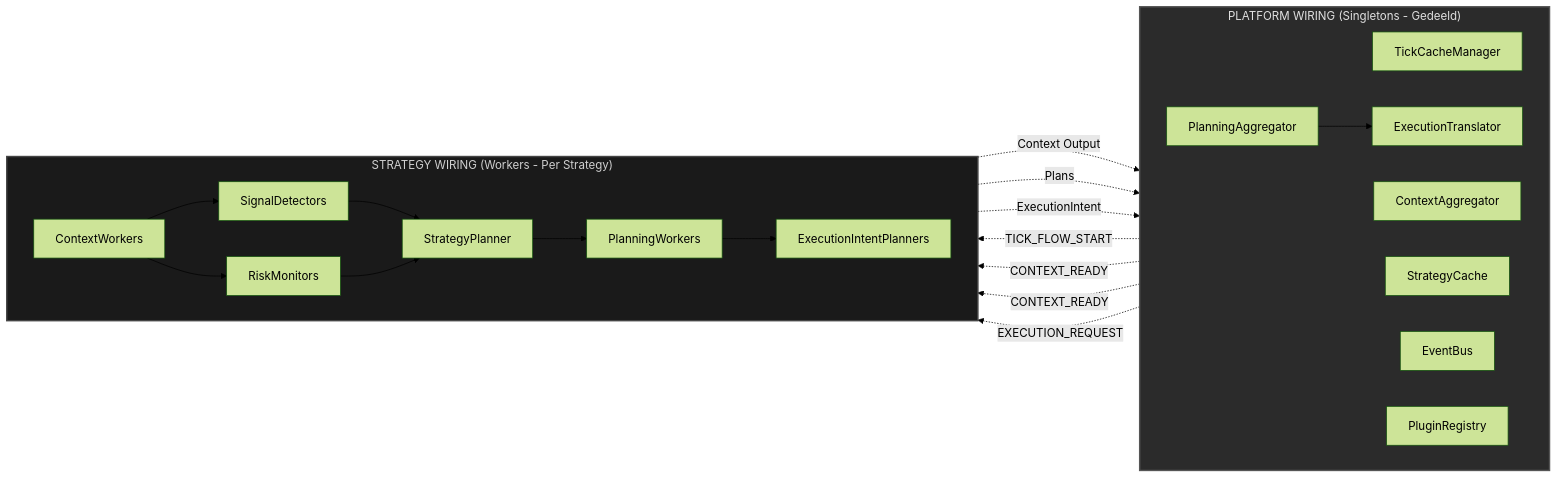
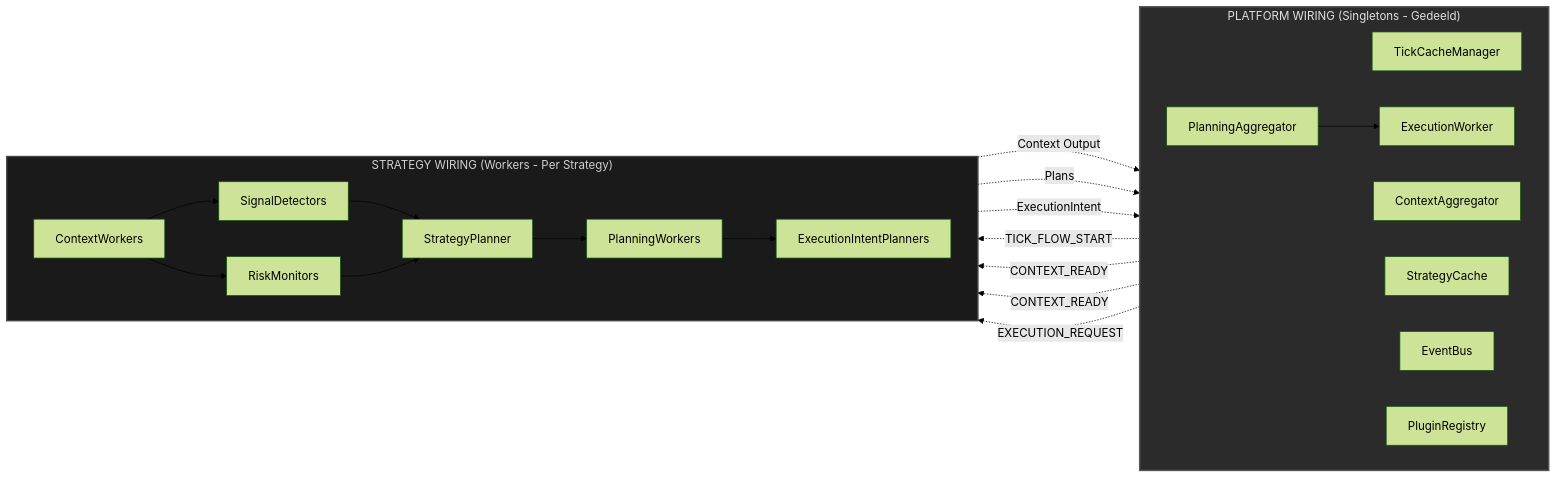
Before and after one commit to MikeyVK/S1mpleTraderV3: the first of 5 diagrams in docs/development/PLATFORM_VS_STRATEGY_WIRING.md, drawn with Mermaid (forest theme). The commit also changed other lines of this file and 9 other files, not shown here.

First line of the commit message:
refactor(docs): Phase 1 - Remove ExecutionTranslator references

````diff
--- a/docs/development/PLATFORM_VS_STRATEGY_WIRING.md
+++ b/docs/development/PLATFORM_VS_STRATEGY_WIRING.md
@@ -30,39 +30,39 @@
 ```mermaid
 graph LR
     subgraph Platform["PLATFORM WIRING (Singletons - Gedeeld)"]
         direction LR
         TCM[TickCacheManager]
         CA[ContextAggregator]
         PA[PlanningAggregator]
-        ET[ExecutionTranslator]
+        EW[ExecutionWorker]
         SC[StrategyCache]
         EB[EventBus]
         PR[PluginRegistry]
         
-        PA --> ET
+        PA --> EW
     end
     
     subgraph Strategy["STRATEGY WIRING (Workers - Per Strategy)"]
         direction LR
         CW[ContextWorkers] --> OW[SignalDetectors]
         CW --> TW[RiskMonitors]
         OW --> SP[StrategyPlanner]
         TW --> SP
         SP --> PW[PlanningWorkers]
         PW --> EIP[ExecutionIntentPlanners]
     end
     
     %% Platform → Strategy (Entry Points)
     TCM -.->|TICK_FLOW_START| CW
     CA -.->|CONTEXT_READY| OW
     CA -.->|CONTEXT_READY| TW
     PA -.->|EXECUTION_REQUEST| EIP
     
     %% Strategy → Platform (Exit Points)
     CW -.->|Context Output| CA
     PW -.->|Plans| PA
     EIP -.->|ExecutionIntent| PA
     
     style Platform fill:#2b2b2b,stroke:#555,stroke-width:2px,color:#e0e0e0
     style Strategy fill:#1a1a1a,stroke:#444,stroke-width:2px,color:#d0d0d0
 ```
````
